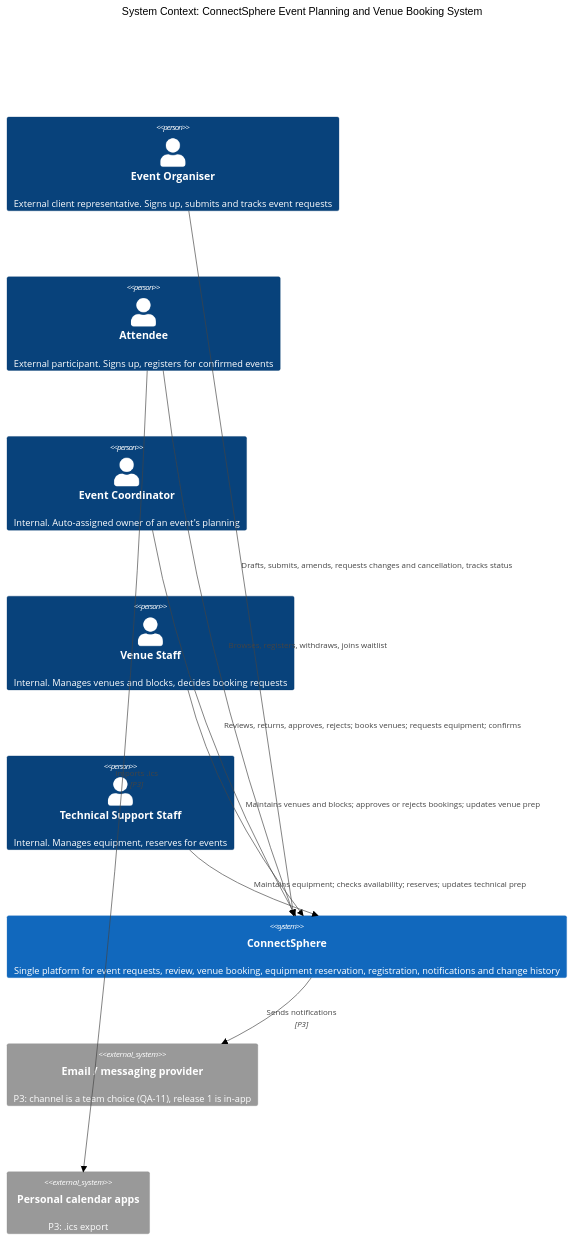
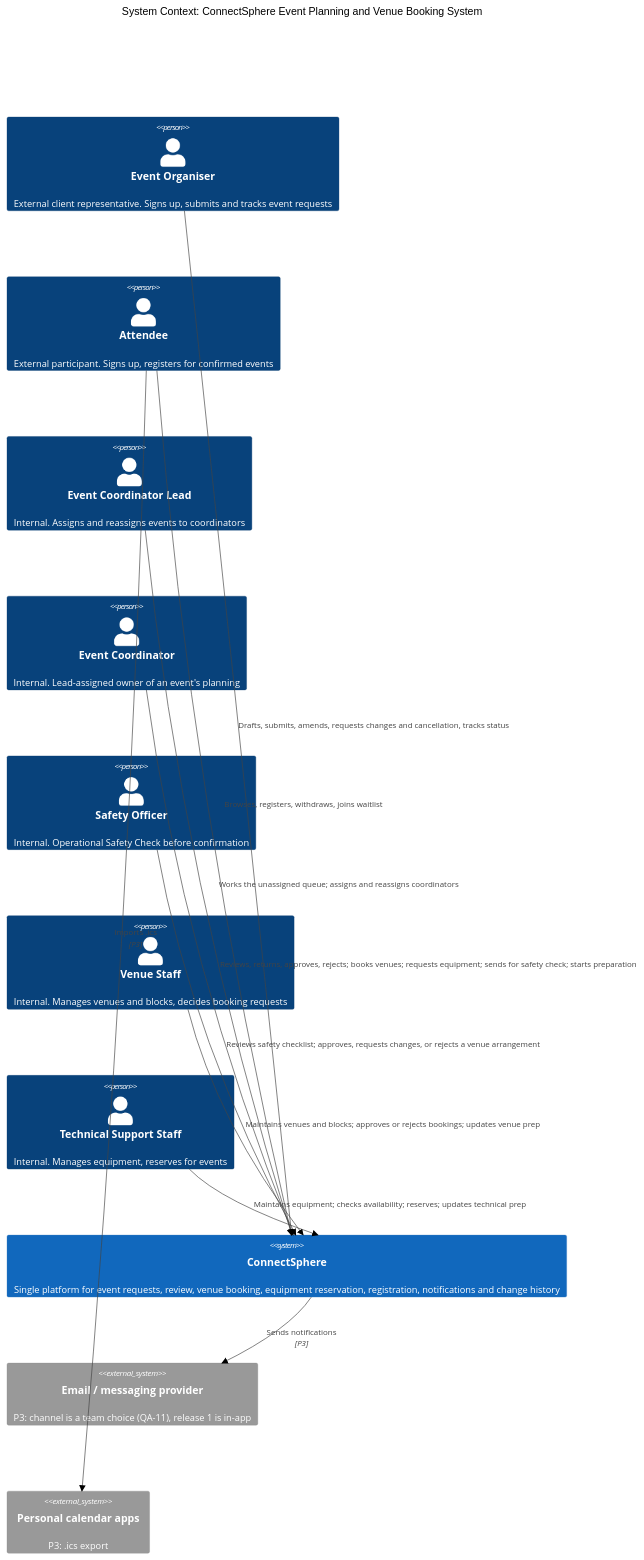
Before and after one commit to Connectsphere-SPMG8T3/ConnectSphere: the first of 7 diagrams in docs/REQUIREMENTS.md, drawn with Mermaid (forest theme). The commit also changed other lines of this file and 1 other file, not shown here.

````diff
--- a/docs/REQUIREMENTS.md
+++ b/docs/REQUIREMENTS.md
@@ -119,25 +126,29 @@
 ```mermaid
 C4Context
   title System Context: ConnectSphere Event Planning and Venue Booking System
 
   Person(organiser, "Event Organiser", "External client representative. Signs up, submits and tracks event requests")
   Person(attendee, "Attendee", "External participant. Signs up, registers for confirmed events")
-  Person(coordinator, "Event Coordinator", "Internal. Auto-assigned owner of an event's planning")
+  Person(lead, "Event Coordinator Lead", "Internal. Assigns and reassigns events to coordinators")
+  Person(coordinator, "Event Coordinator", "Internal. Lead-assigned owner of an event's planning")
+  Person(safety, "Safety Officer", "Internal. Operational Safety Check before confirmation")
   Person(venueStaff, "Venue Staff", "Internal. Manages venues and blocks, decides booking requests")
   Person(techStaff, "Technical Support Staff", "Internal. Manages equipment, reserves for events")
 
   System(cs, "ConnectSphere", "Single platform for event requests, review, venue booking, equipment reservation, registration, notifications and change history")
 
   System_Ext(email, "Email / messaging provider", "P3: channel is a team choice (QA-11), release 1 is in-app")
   System_Ext(calendar, "Personal calendar apps", "P3: .ics export")
 
   Rel(organiser, cs, "Drafts, submits, amends, requests changes and cancellation, tracks status")
-  Rel(coordinator, cs, "Reviews, returns, approves, rejects; books venues; requests equipment; confirms")
+  Rel(lead, cs, "Works the unassigned queue; assigns and reassigns coordinators")
+  Rel(coordinator, cs, "Reviews, returns, approves, rejects; books venues; requests equipment; sends for safety check; starts preparation")
+  Rel(safety, cs, "Reviews safety checklist; approves, requests changes, or rejects a venue arrangement")
   Rel(venueStaff, cs, "Maintains venues and blocks; approves or rejects bookings; updates venue prep")
   Rel(techStaff, cs, "Maintains equipment; checks availability; reserves; updates technical prep")
   Rel(attendee, cs, "Browses, registers, withdraws, joins waitlist")
   Rel(cs, email, "Sends notifications", "P3")
   Rel(attendee, calendar, "Imports .ics", "P3")
 
   UpdateLayoutConfig($c4ShapeInRow="3", $c4BoundaryInRow="1")
 ```
````
